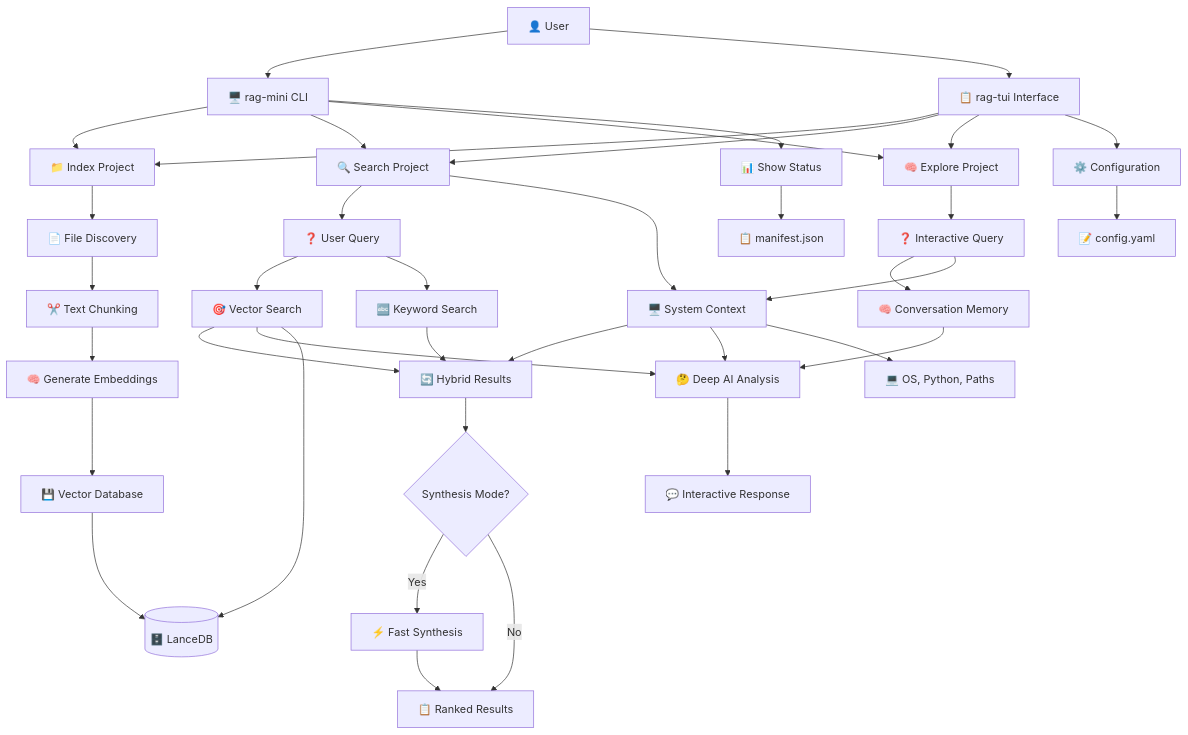
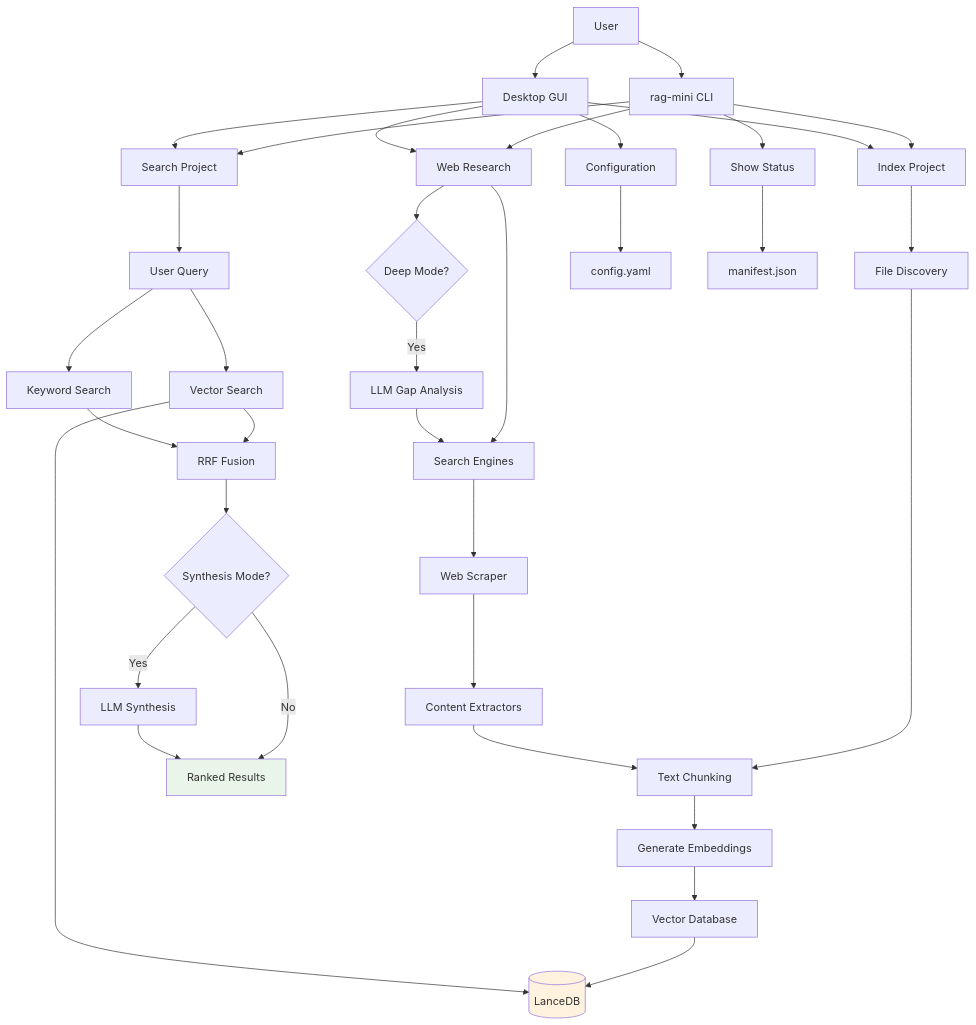
The first of 9 diagrams in docs/DIAGRAMS.md (FSSCoding/Fss-Mini-Rag), drawn with Mermaid before and after one commit. The commit also changed other lines of this file and 17 other files, not shown here.

````diff
--- a/docs/DIAGRAMS.md
+++ b/docs/DIAGRAMS.md
@@ -19,48 +19,48 @@
 ```mermaid
 graph TB
-    User[👤 User] --> CLI[🖥️ rag-mini CLI]
-    User --> TUI[📋 rag-tui Interface]
-    
-    CLI --> Index[📁 Index Project]
-    CLI --> Search[🔍 Search Project]
-    CLI --> Explore[🧠 Explore Project]
-    CLI --> Status[📊 Show Status]
-    
-    TUI --> Index
-    TUI --> Search
-    TUI --> Explore
-    TUI --> Config[⚙️ Configuration]
-    
-    Index --> Files[📄 File Discovery]
-    Files --> Chunk[✂️ Text Chunking]
-    Chunk --> Embed[🧠 Generate Embeddings]
-    Embed --> Store[💾 Vector Database]
-    
-    Search --> Query[❓ User Query]
-    Search --> Context[🖥️ System Context]
-    Query --> Vector[🎯 Vector Search]
-    Query --> Keyword[🔤 Keyword Search]
-    Vector --> Combine[🔄 Hybrid Results]
+    User[User] --> CLI[rag-mini CLI]
+    User --> GUI[Desktop GUI]
+
+    CLI --> Index[Index Project]
+    CLI --> Search[Search Project]
+    CLI --> Research[Web Research]
+    CLI --> Status[Show Status]
+
+    GUI --> Index
+    GUI --> Search
+    GUI --> Research
+    GUI --> Config[Configuration]
+
+    Index --> Files[File Discovery]
+    Files --> Chunk[Text Chunking]
+    Chunk --> Embed[Generate Embeddings]
+    Embed --> Store[Vector Database]
+
+    Search --> Query[User Query]
+    Query --> Vector[Vector Search]
+    Query --> Keyword[Keyword Search]
+    Vector --> Combine[RRF Fusion]
     Keyword --> Combine
-    Context --> Combine
     Combine --> Synthesize{Synthesis Mode?}
-    
-    Synthesize -->|Yes| FastLLM[⚡ Fast Synthesis]
-    Synthesize -->|No| Results[📋 Ranked Results]
+
+    Synthesize -->|Yes| FastLLM[LLM Synthesis]
+    Synthesize -->|No| Results[Ranked Results]
     FastLLM --> Results
-    
-    Explore --> ExploreQuery[❓ Interactive Query]
-    ExploreQuery --> Memory[🧠 Conversation Memory]
-    ExploreQuery --> Context
-    Memory --> DeepLLM[🤔 Deep AI Analysis]
-    Context --> DeepLLM
-    Vector --> DeepLLM
-    DeepLLM --> Interactive[💬 Interactive Response]
-    
-    Store --> LanceDB[(🗄️ LanceDB)]
+
+    Research --> WebSearch[Search Engines]
+    WebSearch --> Scrape[Web Scraper]
+    Scrape --> Extract[Content Extractors]
+    Extract --> Chunk
+    Research --> DeepLoop{Deep Mode?}
+    DeepLoop -->|Yes| Analyze[LLM Gap Analysis]
+    Analyze --> WebSearch
+
+    Store --> LanceDB[(LanceDB)]
     Vector --> LanceDB
-    
-    Config --> YAML[📝 config.yaml]
-    Status --> Manifest[📋 manifest.json]
-    Context --> SystemInfo[💻 OS, Python, Paths]
+
+    Config --> YAML[config.yaml]
+    Status --> Manifest[manifest.json]
+
+    style Results fill:#e8f5e8
+    style LanceDB fill:#fff3e0
 ```
````
